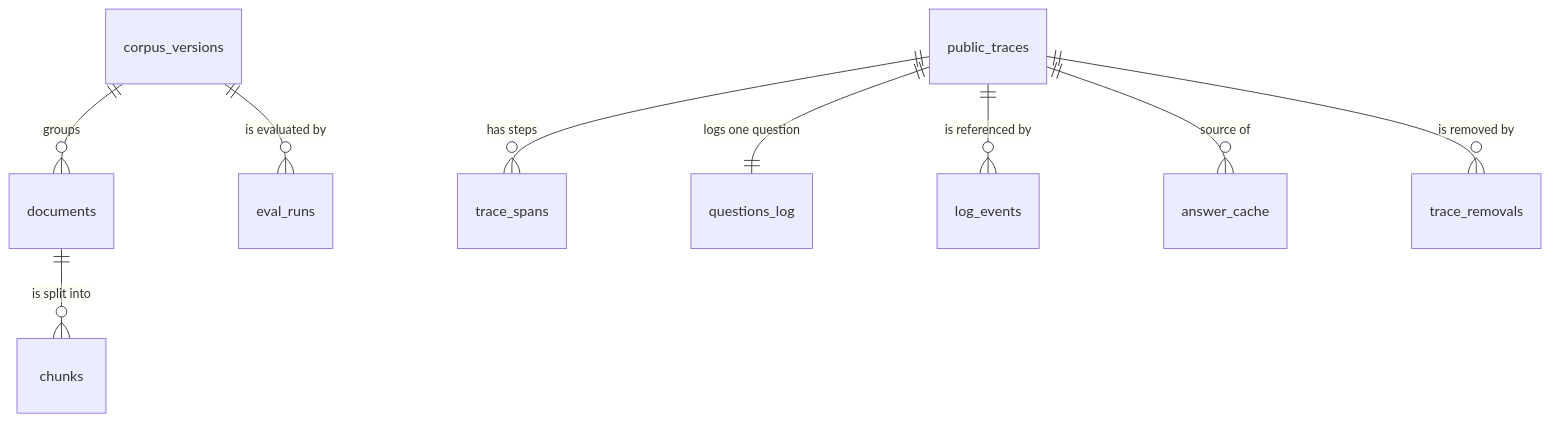
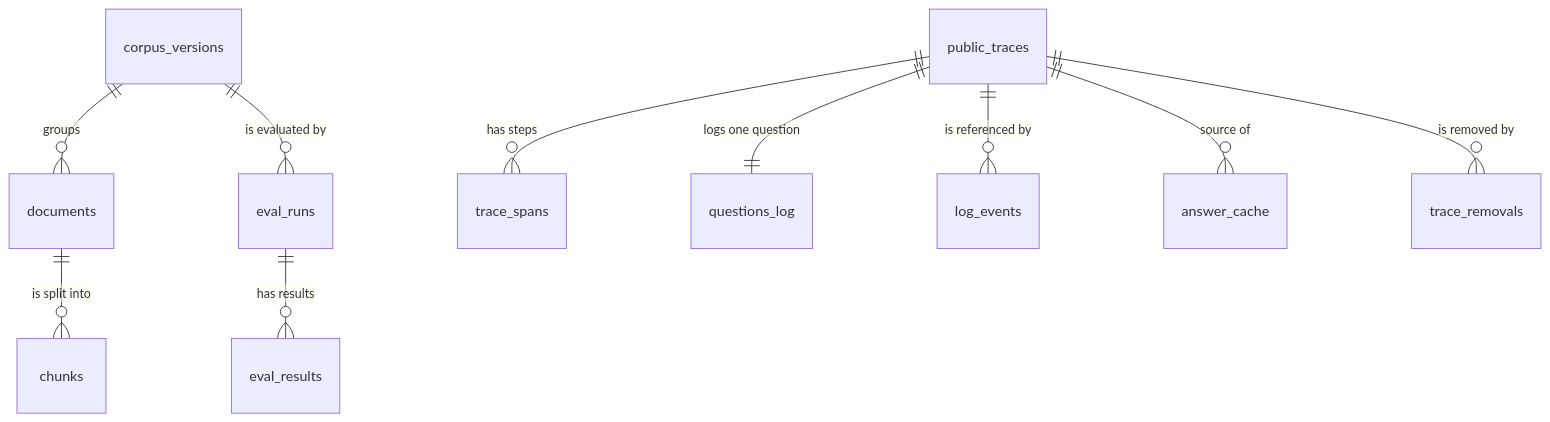
The second of 6 diagrams in docs/lld.md (andrezorzo/zorzo-api), drawn with Mermaid before and after one commit. The commit also changed other lines of this file, not shown here.

First line of the commit message:
docs(lld): eval results and evals page rules from PRD 3 (#3)

````diff
--- a/docs/lld.md
+++ b/docs/lld.md
@@ -240,11 +240,12 @@
 ```mermaid
 erDiagram
     corpus_versions ||--o{ documents : "groups"
     documents ||--o{ chunks : "is split into"
     corpus_versions ||--o{ eval_runs : "is evaluated by"
+    eval_runs ||--o{ eval_results : "has results"
     public_traces ||--o{ trace_spans : "has steps"
     public_traces ||--|| questions_log : "logs one question"
     public_traces ||--o{ log_events : "is referenced by"
     public_traces ||--o{ answer_cache : "source of"
     public_traces ||--o{ trace_removals : "is removed by"
 ```
````
